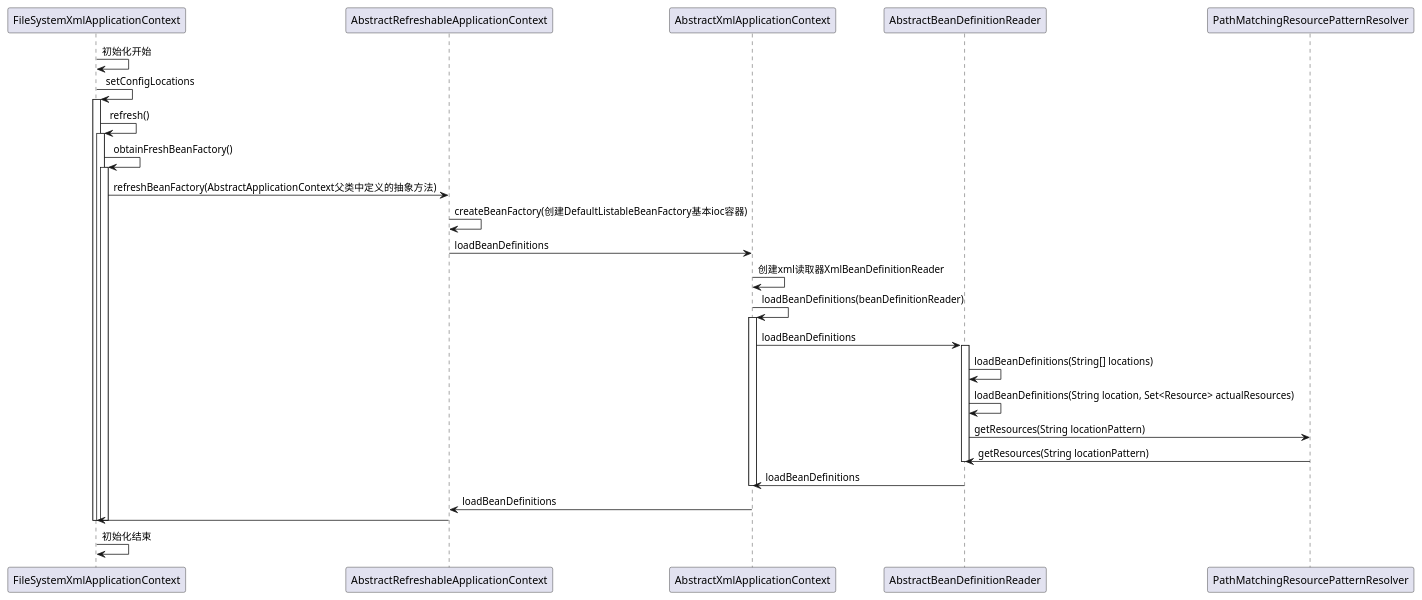
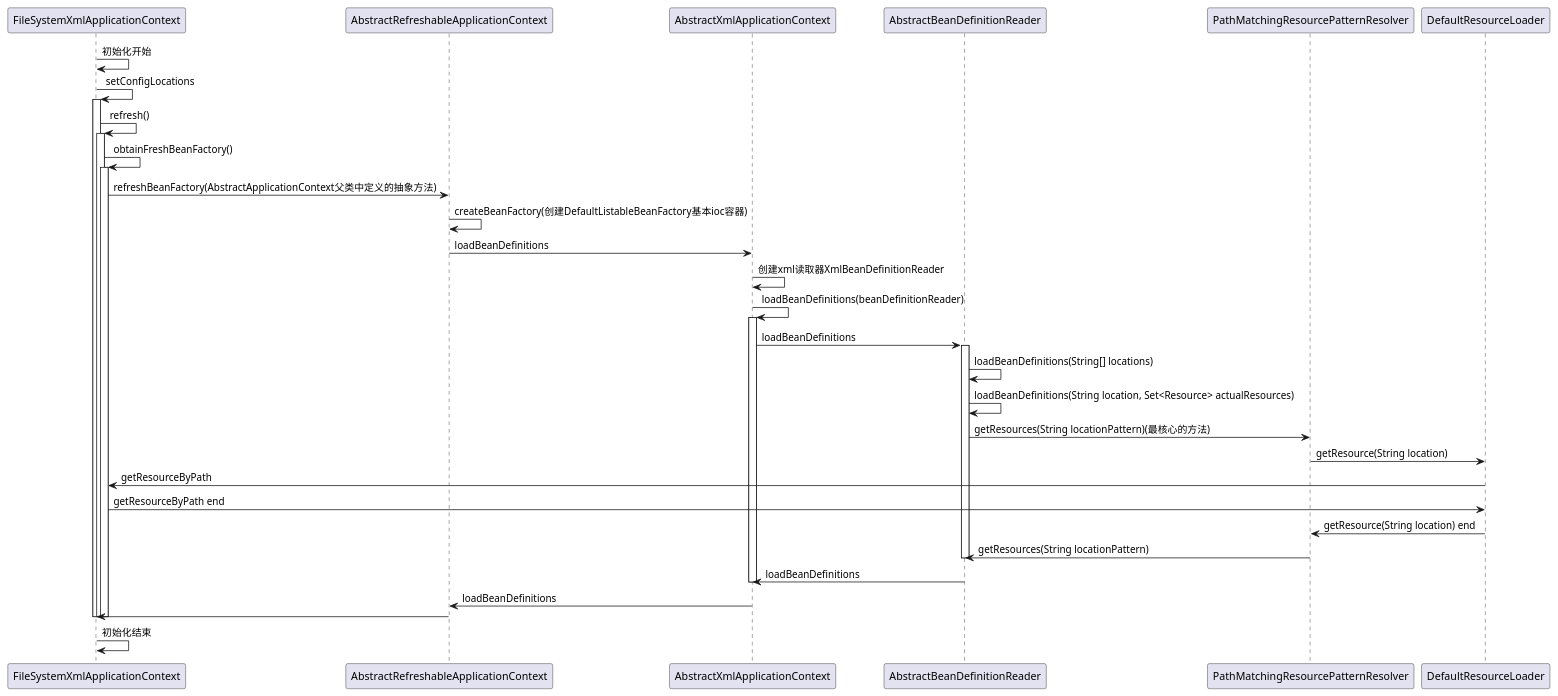
Before and after one commit to chujun/spring-framework: the diagram in doc/BeanDefinitionResource定位.puml, drawn with PlantUML.

Commit message:
plant uml finished

```diff
--- a/doc/BeanDefinitionResource定位.puml
+++ b/doc/BeanDefinitionResource定位.puml
@@ -1,42 +1,47 @@
 @startuml
 participant FileSystemXmlApplicationContext as main
 participant AbstractRefreshableApplicationContext as AbsRefContext
 participant AbstractXmlApplicationContext as absXmlContext
 participant AbstractBeanDefinitionReader as absReader
 participant PathMatchingResourcePatternResolver as pathResourceResolver
+participant DefaultResourceLoader
 main ->main : 初始化开始
 main -> main :setConfigLocations
 activate main
 main -> main: refresh()
 activate main
 main -> main: obtainFreshBeanFactory()
 activate main
 
 
 main -> AbsRefContext: refreshBeanFactory(AbstractApplicationContext父类中定义的抽象方法)
 AbsRefContext->AbsRefContext:createBeanFactory(创建DefaultListableBeanFactory基本ioc容器)
 AbsRefContext -> absXmlContext:loadBeanDefinitions
 absXmlContext->absXmlContext:创建xml读取器XmlBeanDefinitionReader
 absXmlContext->absXmlContext:loadBeanDefinitions(beanDefinitionReader)
 activate absXmlContext
 absXmlContext->absReader :loadBeanDefinitions
 
 activate absReader
 absReader -> absReader :loadBeanDefinitions(String[] locations)
 absReader -> absReader :loadBeanDefinitions(String location, Set<Resource> actualResources)
-absReader->pathResourceResolver:getResources(String locationPattern)
+absReader->pathResourceResolver:getResources(String locationPattern)(最核心的方法)
+pathResourceResolver->DefaultResourceLoader:getResource(String location)
+DefaultResourceLoader->main:getResourceByPath
+main->DefaultResourceLoader:getResourceByPath end
+DefaultResourceLoader->pathResourceResolver:getResource(String location) end
 pathResourceResolver->absReader:getResources(String locationPattern)
 deactivate absReader
 
 
 absReader->absXmlContext :loadBeanDefinitions
 deactivate absXmlContext
 absXmlContext -> AbsRefContext:loadBeanDefinitions
 AbsRefContext -> main:
 
 
 deactivate main
 deactivate main
 deactivate main
 main ->main : 初始化结束
 @enduml
```
